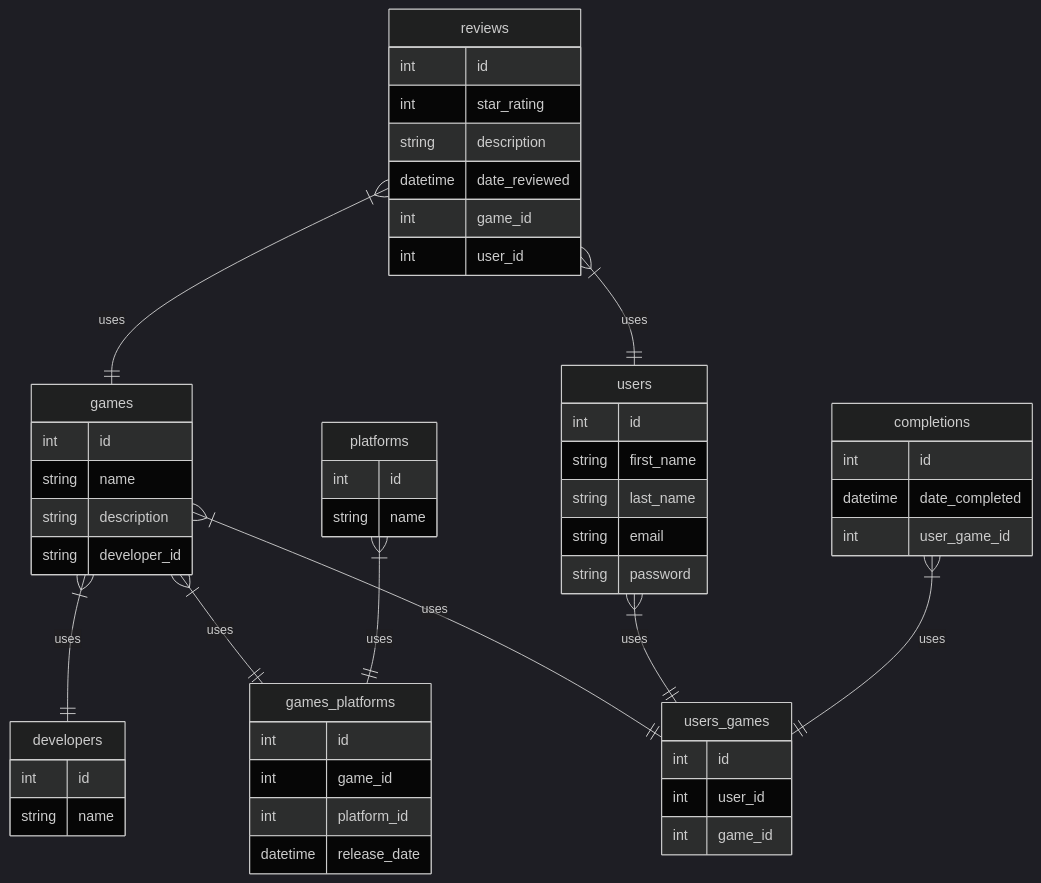
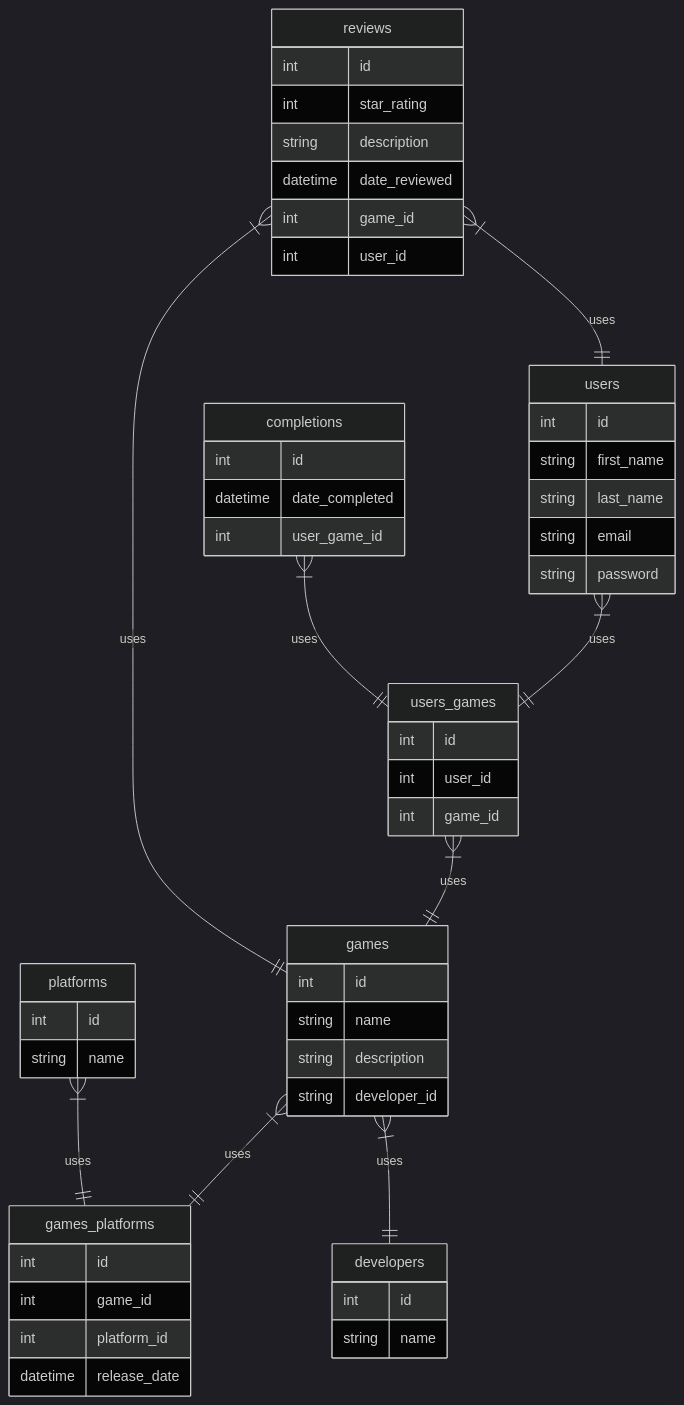
Before and after one commit to Haikira/VGLogger: the second of 2 diagrams in README.md, drawn with Mermaid.

````diff
--- a/README.md
+++ b/README.md
@@ -42,61 +42,61 @@
 ``` mermaid
 %%{init: {'theme': 'dark' } }%%
 
 erDiagram
 
         games {
                 int id
                 string name                
                 string description
                 string developer_id
         }
         platforms {
                 int id
                 string name                
         }
         games_platforms {
                 int id
                 int game_id
                 int platform_id
                 datetime release_date
         }
         users_games {
                 int id
                 int user_id
                 int game_id
         }
         users {
                 int id
                 string first_name
                 string last_name
                 string email
                 string password
         }
         developers {
                 int id
                 string name
         }
         reviews {
                 int id
                 int star_rating
                 string description
                 datetime date_reviewed
                 int game_id
                 int user_id
         }
         completions {
                 int id
                 datetime date_completed
                 int user_game_id
         }
         
         games }|--|| games_platforms: "uses"
         platforms }|--|| games_platforms: "uses"
-        games }|--|| users_games: "uses"
+        users_games }|--|| games: "uses"
         users }|--|| users_games: "uses"
         games }|--|| developers: "uses"
         reviews }|--|| games: "uses"
         reviews }|--|| users: "uses"
         completions }|--|| users_games: "uses"
 
 ```
````
